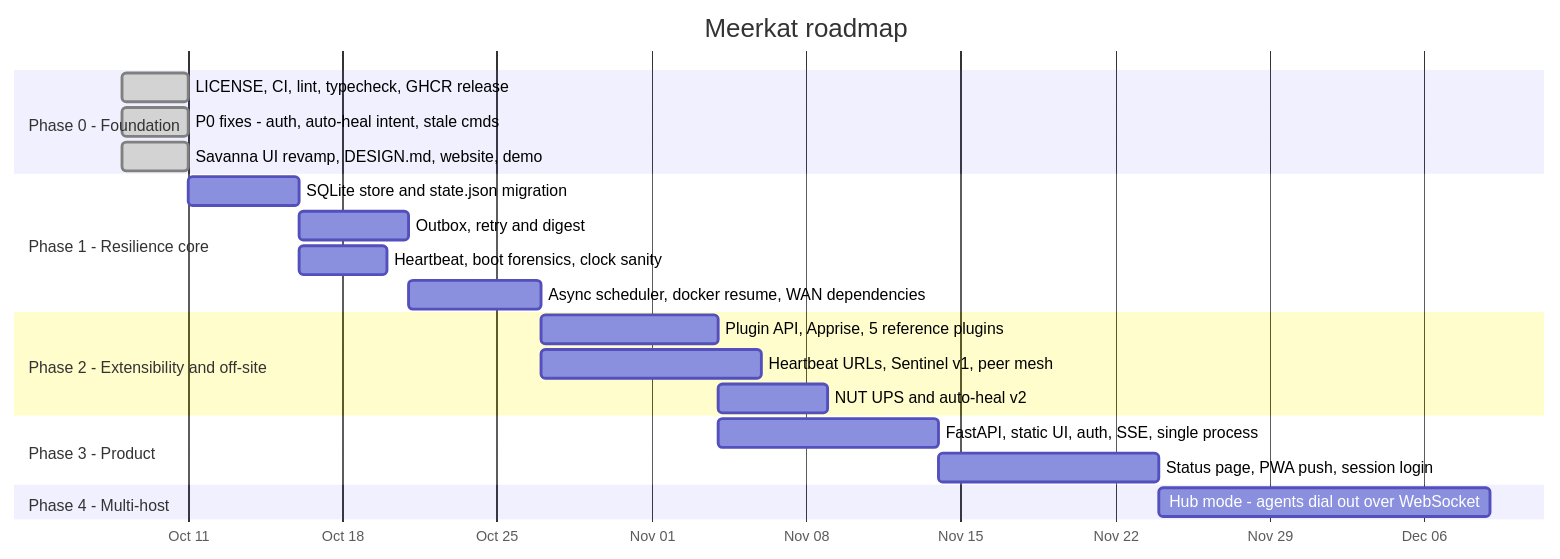
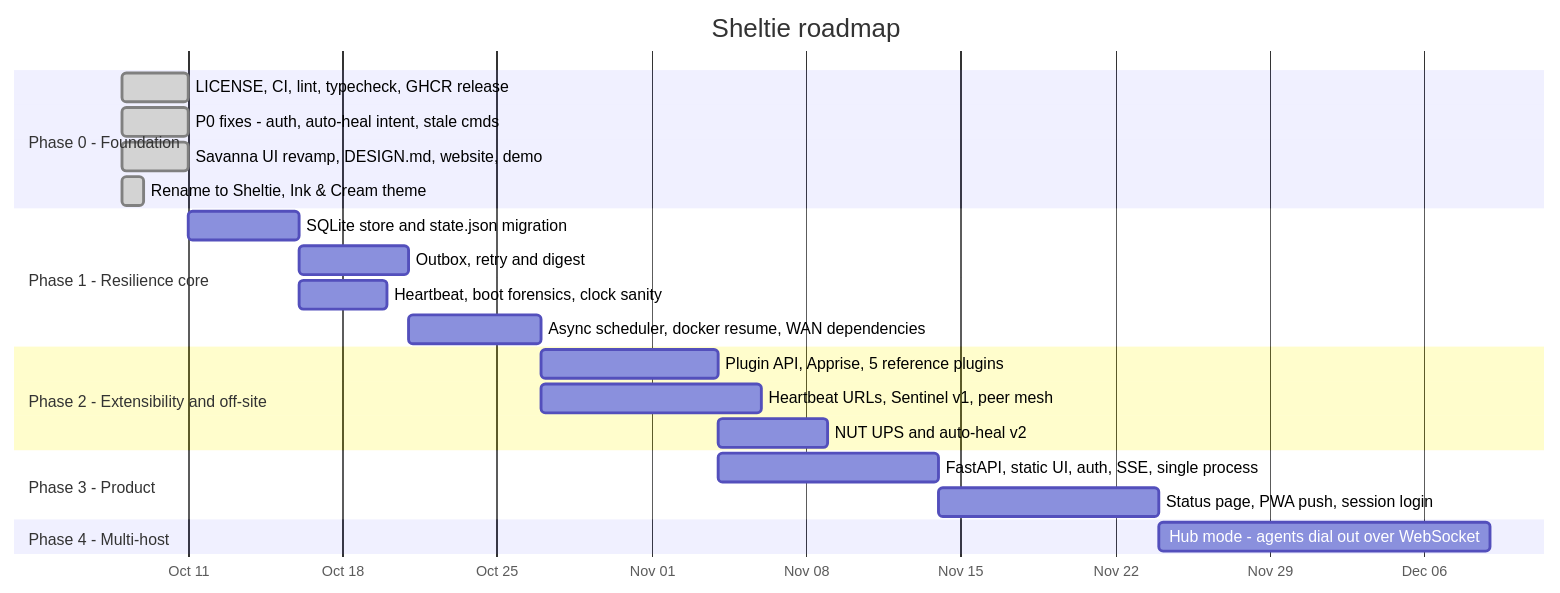
One commit to Xrg360/Sheltie changed the first of 2 diagrams in docs/ROADMAP.md. Above: the diagram before and after it, drawn with Mermaid. The commit also changed other lines of this file and 11 other files, not shown here.

````diff
--- a/docs/ROADMAP.md
+++ b/docs/ROADMAP.md
@@ -225,24 +248,25 @@
 ```mermaid
 gantt
-  title Meerkat roadmap
+  title Sheltie roadmap
   dateFormat YYYY-MM-DD
   axisFormat %b %d
   section Phase 0 - Foundation
   LICENSE, CI, lint, typecheck, GHCR release      :done, p0a, 2026-10-08, 3d
   P0 fixes - auth, auto-heal intent, stale cmds    :done, p0b, 2026-10-08, 3d
   Savanna UI revamp, DESIGN.md, website, demo      :done, p0c, 2026-10-08, 3d
+  Rename to Sheltie, Ink & Cream theme          :done, p0d, 2026-10-08, 1d
   section Phase 1 - Resilience core
   SQLite store and state.json migration            :p1a, after p0c, 5d
   Outbox, retry and digest                         :p1b, after p1a, 5d
   Heartbeat, boot forensics, clock sanity          :p1c, after p1a, 4d
   Async scheduler, docker resume, WAN dependencies :p1d, after p1b, 6d
   section Phase 2 - Extensibility and off-site
   Plugin API, Apprise, 5 reference plugins         :p2a, after p1d, 8d
   Heartbeat URLs, Sentinel v1, peer mesh           :p2b, after p1d, 10d
   NUT UPS and auto-heal v2                         :p2c, after p2a, 5d
   section Phase 3 - Product
   FastAPI, static UI, auth, SSE, single process    :p3a, after p2a, 10d
   Status page, PWA push, session login             :p3b, after p3a, 10d
   section Phase 4 - Multi-host
   Hub mode - agents dial out over WebSocket        :p4a, after p3b, 15d
 ```
````
